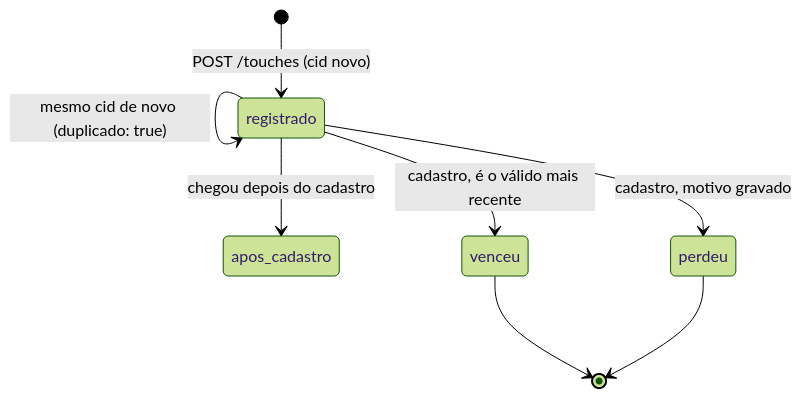
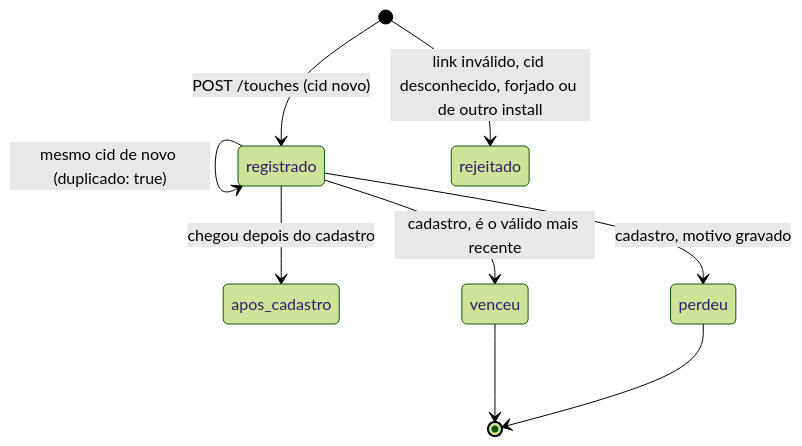
The diagram in README.md (pPeterle/conty-challenge-origem-cadastros), drawn with Mermaid (forest theme) before and after one commit. The commit also changed other lines of this file and 3 other files, not shown here.

````diff
--- a/README.md
+++ b/README.md
@@ -118,10 +127,11 @@
 ```mermaid
 stateDiagram-v2
   [*] --> registrado: POST /touches (cid novo)
   registrado --> registrado: mesmo cid de novo (duplicado: true)
   registrado --> venceu: cadastro, é o válido mais recente
   registrado --> perdeu: cadastro, motivo gravado
   registrado --> apos_cadastro: chegou depois do cadastro
+  [*] --> rejeitado: link inválido, cid desconhecido, forjado ou de outro install
   venceu --> [*]
   perdeu --> [*]
 ```
````
